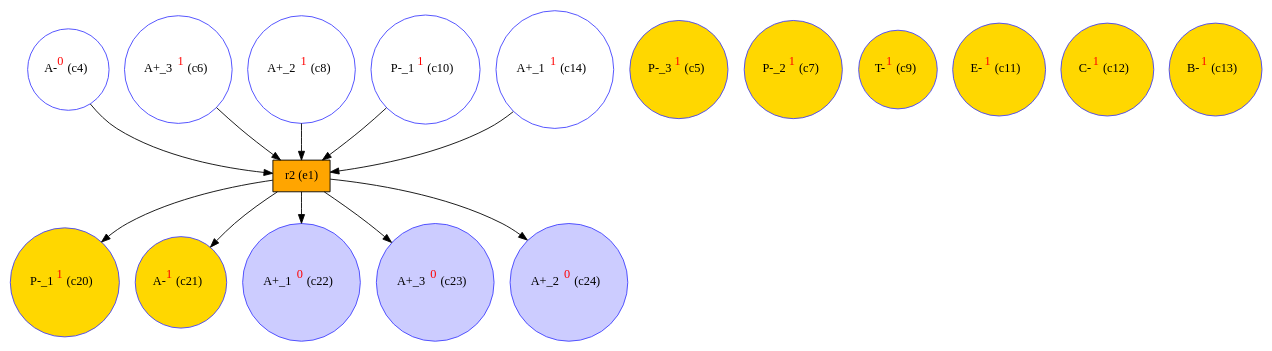
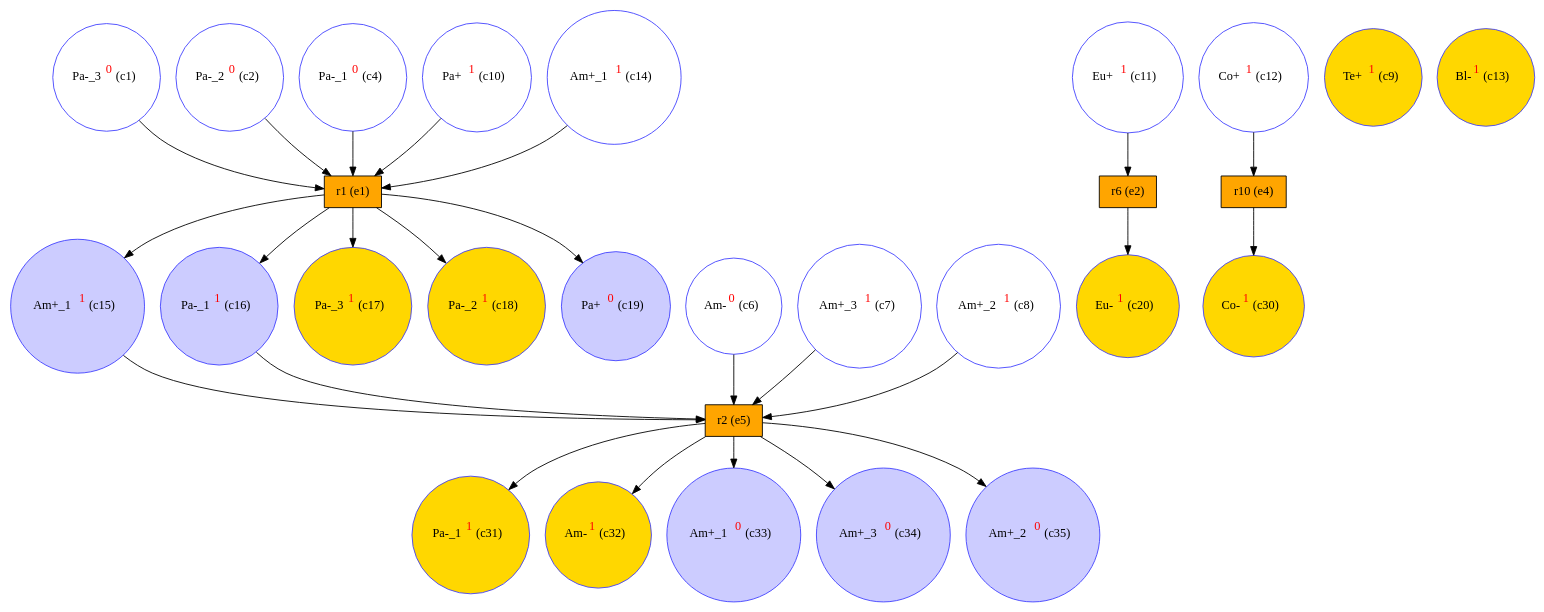
The diagram in examples/protists/protists_eg_pr_unf.dot (giannkas/ecofolder), drawn with Graphviz before and after one commit. The commit also changed 229 other files, not shown here.

```diff
--- a/examples/protists/protists_eg_pr_unf.dot
+++ b/examples/protists/protists_eg_pr_unf.dot
@@ -1,29 +1,54 @@
 digraph test {
+  c1 -> e1;
+  c2 -> e1;
   c4 -> e1;
-  c6 -> e1;
-  c8 -> e1;
+  c6 -> e5;
+  c7 -> e5;
+  c8 -> e5;
   c10 -> e1;
+  c11 -> e2;
+  c12 -> e4;
   c14 -> e1;
-  e1 -> c20;
-  e1 -> c21;
-  e1 -> c22;
-  e1 -> c23;
-  e1 -> c24;
-  c4 [color="#4040ff" fillcolor="transparent" label= <A-<FONT COLOR="red"><SUP>0</SUP></FONT>&nbsp;(c4)> shape=circle style=filled];
-  c5 [color="#4040ff" fillcolor="gold" label= <P-_3<FONT COLOR="red"><SUP>1</SUP></FONT>&nbsp;(c5)> shape=circle style=filled];
-  c6 [color="#4040ff" fillcolor="transparent" label= <A+_3<FONT COLOR="red"><SUP>1</SUP></FONT>&nbsp;(c6)> shape=circle style=filled];
-  c7 [color="#4040ff" fillcolor="gold" label= <P-_2<FONT COLOR="red"><SUP>1</SUP></FONT>&nbsp;(c7)> shape=circle style=filled];
-  c8 [color="#4040ff" fillcolor="transparent" label= <A+_2<FONT COLOR="red"><SUP>1</SUP></FONT>&nbsp;(c8)> shape=circle style=filled];
-  c9 [color="#4040ff" fillcolor="gold" label= <T-<FONT COLOR="red"><SUP>1</SUP></FONT>&nbsp;(c9)> shape=circle style=filled];
-  c10 [color="#4040ff" fillcolor="transparent" label= <P-_1<FONT COLOR="red"><SUP>1</SUP></FONT>&nbsp;(c10)> shape=circle style=filled];
-  c11 [color="#4040ff" fillcolor="gold" label= <E-<FONT COLOR="red"><SUP>1</SUP></FONT>&nbsp;(c11)> shape=circle style=filled];
-  c12 [color="#4040ff" fillcolor="gold" label= <C-<FONT COLOR="red"><SUP>1</SUP></FONT>&nbsp;(c12)> shape=circle style=filled];
-  c13 [color="#4040ff" fillcolor="gold" label= <B-<FONT COLOR="red"><SUP>1</SUP></FONT>&nbsp;(c13)> shape=circle style=filled];
-  c14 [color="#4040ff" fillcolor="transparent" label= <A+_1<FONT COLOR="red"><SUP>1</SUP></FONT>&nbsp;(c14)> shape=circle style=filled];
-  c20 [color="#4040ff" fillcolor="gold" label= <P-_1<FONT COLOR="red"><SUP>1</SUP></FONT>&nbsp;(c20)> shape=circle style=filled];
-  c21 [color="#4040ff" fillcolor="gold" label= <A-<FONT COLOR="red"><SUP>1</SUP></FONT>&nbsp;(c21)> shape=circle style=filled];
-  c22 [color="#4040ff" fillcolor="#ccccff" label= <A+_1<FONT COLOR="red"><SUP>0</SUP></FONT>&nbsp;(c22)> shape=circle style=filled];
-  c23 [color="#4040ff" fillcolor="#ccccff" label= <A+_3<FONT COLOR="red"><SUP>0</SUP></FONT>&nbsp;(c23)> shape=circle style=filled];
-  c24 [color="#4040ff" fillcolor="#ccccff" label= <A+_2<FONT COLOR="red"><SUP>0</SUP></FONT>&nbsp;(c24)> shape=circle style=filled];
-  e1 [color="black" fillcolor="orange" label="r2 (e1)" shape=box style=filled];
+  e1 -> c15;
+  c15 -> e5;
+  e1 -> c16;
+  c16 -> e5;
+  e1 -> c17;
+  e1 -> c18;
+  e1 -> c19;
+  e2 -> c20;
+  e4 -> c30;
+  e5 -> c31;
+  e5 -> c32;
+  e5 -> c33;
+  e5 -> c34;
+  e5 -> c35;
+  c1 [color="#4040ff" fillcolor="transparent" label= <Pa-_3<FONT COLOR="red"><SUP>0</SUP></FONT>&nbsp;(c1)> shape=circle style=filled];
+  c2 [color="#4040ff" fillcolor="transparent" label= <Pa-_2<FONT COLOR="red"><SUP>0</SUP></FONT>&nbsp;(c2)> shape=circle style=filled];
+  c4 [color="#4040ff" fillcolor="transparent" label= <Pa-_1<FONT COLOR="red"><SUP>0</SUP></FONT>&nbsp;(c4)> shape=circle style=filled];
+  c6 [color="#4040ff" fillcolor="transparent" label= <Am-<FONT COLOR="red"><SUP>0</SUP></FONT>&nbsp;(c6)> shape=circle style=filled];
+  c7 [color="#4040ff" fillcolor="transparent" label= <Am+_3<FONT COLOR="red"><SUP>1</SUP></FONT>&nbsp;(c7)> shape=circle style=filled];
+  c8 [color="#4040ff" fillcolor="transparent" label= <Am+_2<FONT COLOR="red"><SUP>1</SUP></FONT>&nbsp;(c8)> shape=circle style=filled];
+  c9 [color="#4040ff" fillcolor="gold" label= <Te+<FONT COLOR="red"><SUP>1</SUP></FONT>&nbsp;(c9)> shape=circle style=filled];
+  c10 [color="#4040ff" fillcolor="transparent" label= <Pa+<FONT COLOR="red"><SUP>1</SUP></FONT>&nbsp;(c10)> shape=circle style=filled];
+  c11 [color="#4040ff" fillcolor="transparent" label= <Eu+<FONT COLOR="red"><SUP>1</SUP></FONT>&nbsp;(c11)> shape=circle style=filled];
+  c12 [color="#4040ff" fillcolor="transparent" label= <Co+<FONT COLOR="red"><SUP>1</SUP></FONT>&nbsp;(c12)> shape=circle style=filled];
+  c13 [color="#4040ff" fillcolor="gold" label= <Bl-<FONT COLOR="red"><SUP>1</SUP></FONT>&nbsp;(c13)> shape=circle style=filled];
+  c14 [color="#4040ff" fillcolor="transparent" label= <Am+_1<FONT COLOR="red"><SUP>1</SUP></FONT>&nbsp;(c14)> shape=circle style=filled];
+  c15 [color="#4040ff" fillcolor="#ccccff" label= <Am+_1<FONT COLOR="red"><SUP>1</SUP></FONT>&nbsp;(c15)> shape=circle style=filled];
+  c16 [color="#4040ff" fillcolor="#ccccff" label= <Pa-_1<FONT COLOR="red"><SUP>1</SUP></FONT>&nbsp;(c16)> shape=circle style=filled];
+  c17 [color="#4040ff" fillcolor="gold" label= <Pa-_3<FONT COLOR="red"><SUP>1</SUP></FONT>&nbsp;(c17)> shape=circle style=filled];
+  c18 [color="#4040ff" fillcolor="gold" label= <Pa-_2<FONT COLOR="red"><SUP>1</SUP></FONT>&nbsp;(c18)> shape=circle style=filled];
+  c19 [color="#4040ff" fillcolor="#ccccff" label= <Pa+<FONT COLOR="red"><SUP>0</SUP></FONT>&nbsp;(c19)> shape=circle style=filled];
+  c20 [color="#4040ff" fillcolor="gold" label= <Eu-<FONT COLOR="red"><SUP>1</SUP></FONT>&nbsp;(c20)> shape=circle style=filled];
+  c30 [color="#4040ff" fillcolor="gold" label= <Co-<FONT COLOR="red"><SUP>1</SUP></FONT>&nbsp;(c30)> shape=circle style=filled];
+  c31 [color="#4040ff" fillcolor="gold" label= <Pa-_1<FONT COLOR="red"><SUP>1</SUP></FONT>&nbsp;(c31)> shape=circle style=filled];
+  c32 [color="#4040ff" fillcolor="gold" label= <Am-<FONT COLOR="red"><SUP>1</SUP></FONT>&nbsp;(c32)> shape=circle style=filled];
+  c33 [color="#4040ff" fillcolor="#ccccff" label= <Am+_1<FONT COLOR="red"><SUP>0</SUP></FONT>&nbsp;(c33)> shape=circle style=filled];
+  c34 [color="#4040ff" fillcolor="#ccccff" label= <Am+_3<FONT COLOR="red"><SUP>0</SUP></FONT>&nbsp;(c34)> shape=circle style=filled];
+  c35 [color="#4040ff" fillcolor="#ccccff" label= <Am+_2<FONT COLOR="red"><SUP>0</SUP></FONT>&nbsp;(c35)> shape=circle style=filled];
+  e1 [color="black" fillcolor="orange" label="r1 (e1)" shape=box style=filled];
+  e2 [color="black" fillcolor="orange" label="r6 (e2)" shape=box style=filled];
+  e4 [color="black" fillcolor="orange" label="r10 (e4)" shape=box style=filled];
+  e5 [color="black" fillcolor="orange" label="r2 (e5)" shape=box style=filled];
 }
```
